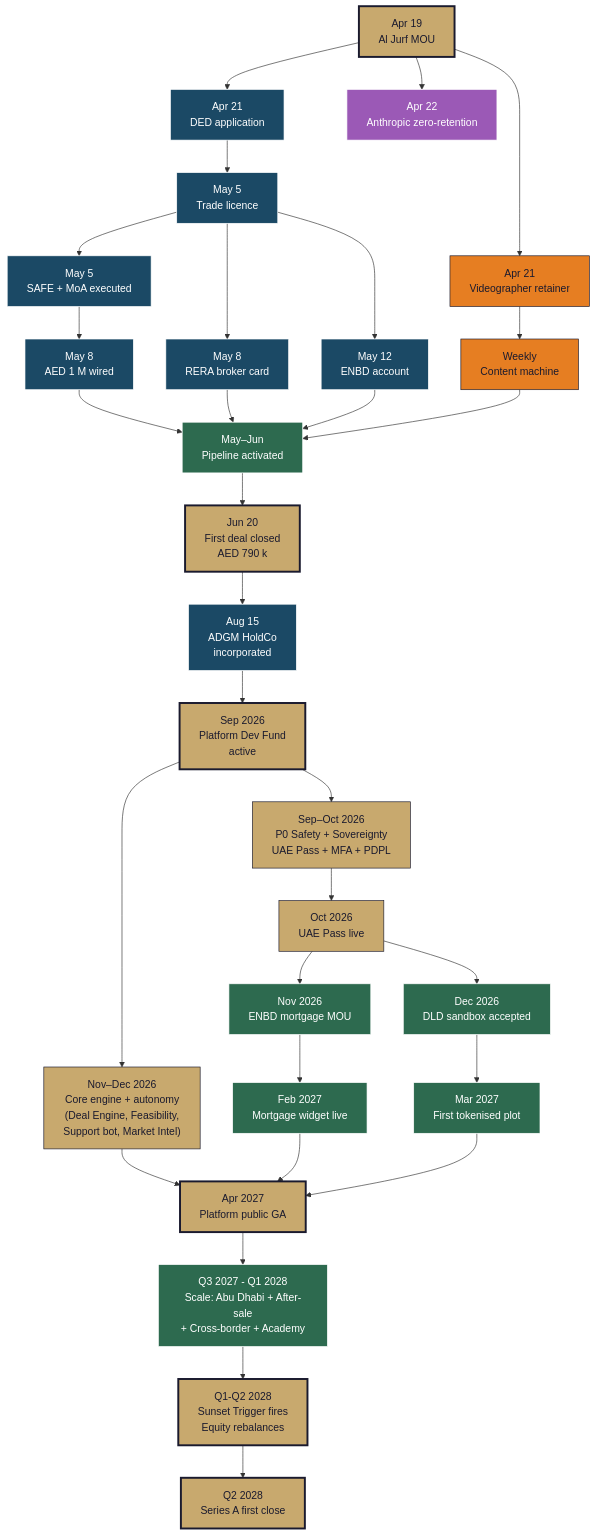
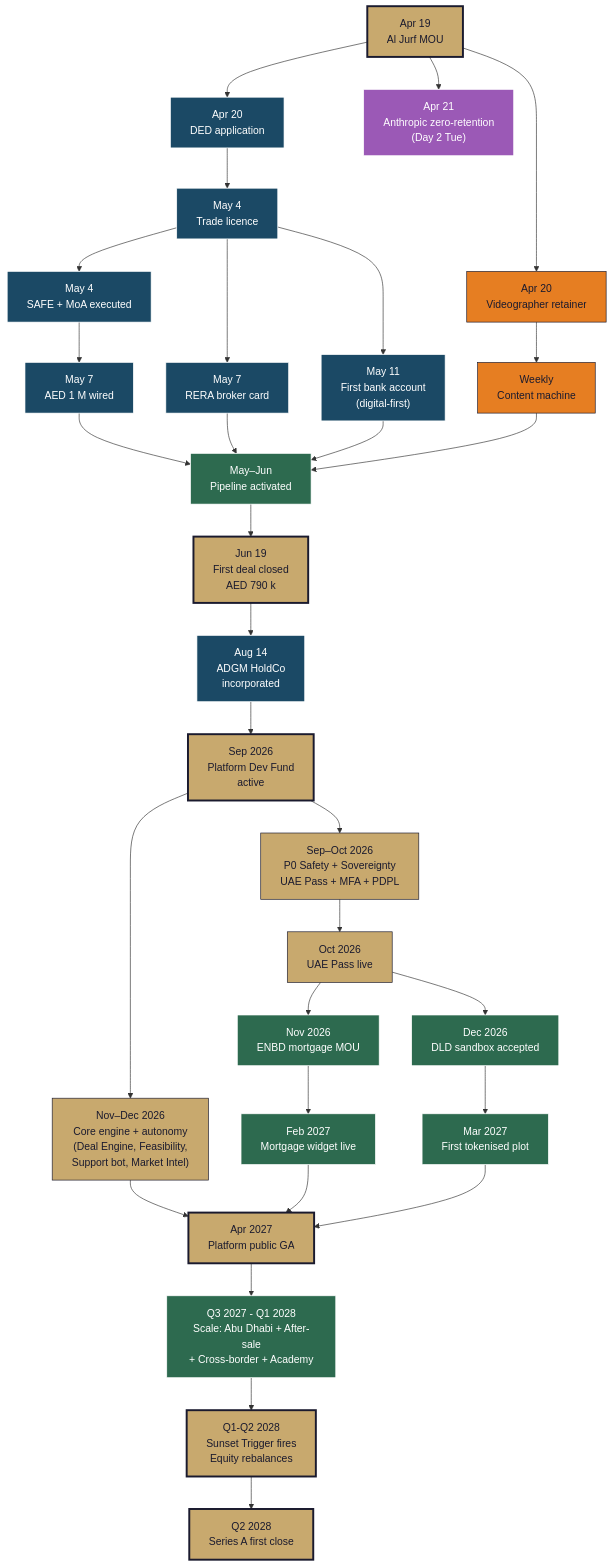
One commit to ZaahiPlots/Zaahi changed the fifth of 5 diagrams in docs/roadmap/DEPENDENCIES_MAP.md. Above: the diagram before and after it, drawn with Mermaid. The commit also changed other lines of this file and 8 other files, not shown here.

````diff
--- a/docs/roadmap/DEPENDENCIES_MAP.md
+++ b/docs/roadmap/DEPENDENCIES_MAP.md
@@ -277,47 +277,47 @@
 ```mermaid
 flowchart TD
     START["Apr 19<br/>Al Jurf MOU"]:::moment
-    START --> DED["Apr 21<br/>DED application"]:::legal
-    START --> VID["Apr 21<br/>Videographer retainer"]:::brand
-    START --> ANT["Apr 22<br/>Anthropic zero-retention"]:::sov
+    START --> DED["Apr 20<br/>DED application"]:::legal
+    START --> VID["Apr 20<br/>Videographer retainer"]:::brand
+    START --> ANT["Apr 21<br/>Anthropic zero-retention<br/>(Day 2 Tue)"]:::sov
     
-    DED --> LIC["May 5<br/>Trade licence"]:::legal
-    LIC --> SAFE["May 5<br/>SAFE + MoA executed"]:::legal
-    SAFE --> WIRE["May 8<br/>AED 1 M wired"]:::legal
-    LIC --> RERA["May 8<br/>RERA broker card"]:::legal
-    LIC --> BANK["May 12<br/>ENBD account"]:::legal
+    DED --> LIC["May 4<br/>Trade licence"]:::legal
+    LIC --> SAFE["May 4<br/>SAFE + MoA executed"]:::legal
+    SAFE --> WIRE["May 7<br/>AED 1 M wired"]:::legal
+    LIC --> RERA["May 7<br/>RERA broker card"]:::legal
+    LIC --> BANK["May 11<br/>First bank account<br/>(digital-first)"]:::legal
     
     WIRE --> PIPE["May–Jun<br/>Pipeline activated"]:::biz
     RERA --> PIPE
     BANK --> PIPE
     VID --> CONTENT["Weekly<br/>Content machine"]:::brand
     CONTENT --> PIPE
     
-    PIPE --> DEAL1["Jun 20<br/>First deal closed<br/>AED 790 k"]:::moment
-    DEAL1 --> ADGM["Aug 15<br/>ADGM HoldCo<br/>incorporated"]:::legal
+    PIPE --> DEAL1["Jun 19<br/>First deal closed<br/>AED 790 k"]:::moment
+    DEAL1 --> ADGM["Aug 14<br/>ADGM HoldCo<br/>incorporated"]:::legal
     ADGM --> PDFUND["Sep 2026<br/>Platform Dev Fund<br/>active"]:::moment
     
     PDFUND --> P0["Sep–Oct 2026<br/>P0 Safety + Sovereignty<br/>UAE Pass + MFA + PDPL"]:::tech
     P0 --> UAEPASS["Oct 2026<br/>UAE Pass live"]:::tech
     UAEPASS --> ENBDMOU["Nov 2026<br/>ENBD mortgage MOU"]:::biz
     UAEPASS --> SANDBOX["Dec 2026<br/>DLD sandbox accepted"]:::biz
     
     PDFUND --> CORE["Nov–Dec 2026<br/>Core engine + autonomy<br/>(Deal Engine, Feasibility,<br/>Support bot, Market Intel)"]:::tech
     CORE --> GA["Apr 2027<br/>Platform public GA"]:::moment
     
     ENBDMOU --> WIDGET["Feb 2027<br/>Mortgage widget live"]:::biz
     SANDBOX --> TOK["Mar 2027<br/>First tokenised plot"]:::biz
     WIDGET --> GA
     TOK --> GA
     
     GA --> SCALE["Q3 2027 - Q1 2028<br/>Scale: Abu Dhabi + After-sale<br/>+ Cross-border + Academy"]:::biz
     SCALE --> SUNSET["Q1-Q2 2028<br/>Sunset Trigger fires<br/>Equity rebalances"]:::moment
     SUNSET --> SERIES["Q2 2028<br/>Series A first close"]:::moment
     
     classDef legal fill:#1B4965,stroke:#FFFFFF,color:#FFFFFF
     classDef tech fill:#C8A96E,stroke:#1A1A2E,color:#1A1A2E
     classDef biz fill:#2D6A4F,stroke:#FFFFFF,color:#FFFFFF
     classDef brand fill:#E67E22,stroke:#1A1A2E,color:#1A1A2E
     classDef sov fill:#9B59B6,stroke:#FFFFFF,color:#FFFFFF
     classDef moment fill:#C8A96E,stroke:#1A1A2E,stroke-width:3px,color:#1A1A2E
 ```
````
